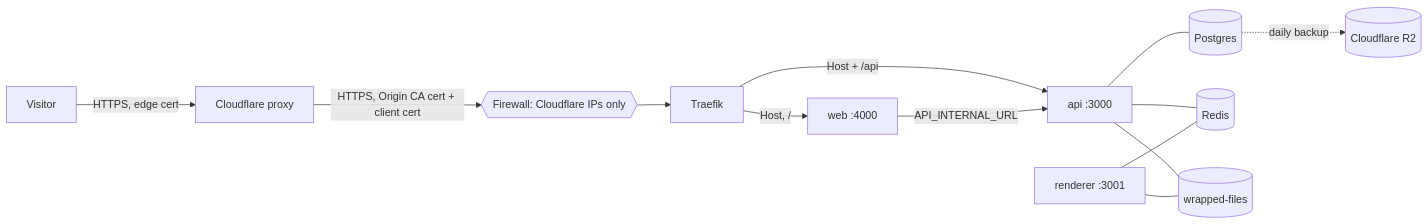
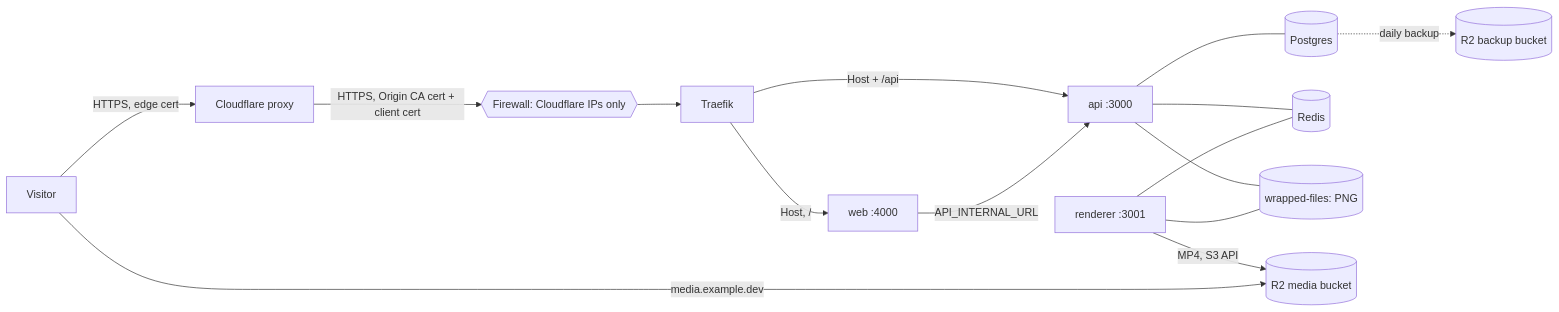
The first of 2 diagrams in infra/dokploy.md (jjimenezm/github-wrapped), drawn with Mermaid before and after one commit. The commit also changed other lines of this file and 3 other files, not shown here.

First line of the commit message:
docs: deploy videos with an R2 media bucket

````diff
--- a/infra/dokploy.md
+++ b/infra/dokploy.md
@@ -5,15 +5,17 @@
 ```mermaid
 flowchart LR
   U[Visitor] -->|HTTPS, edge cert| CF[Cloudflare proxy]
   CF -->|HTTPS, Origin CA cert + client cert| FW{{Firewall: Cloudflare IPs only}}
   FW --> T[Traefik]
   T -->|Host, /| W[web :4000]
   T -->|Host + /api| A[api :3000]
   W -->|API_INTERNAL_URL| A
   A --- P[(Postgres)]
   A --- R[(Redis)]
   RD[renderer :3001] --- R
-  A --- V[(wrapped-files)]
+  A --- V[(wrapped-files: PNG)]
   RD --- V
-  P -.daily backup.-> R2[(Cloudflare R2)]
+  RD -->|MP4, S3 API| M[(R2 media bucket)]
+  U -->|media.example.dev| M
+  P -.daily backup.-> B[(R2 backup bucket)]
 ```
````
